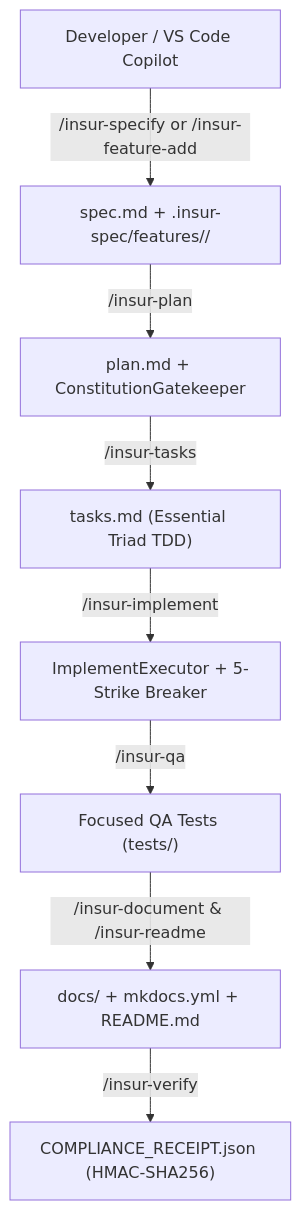
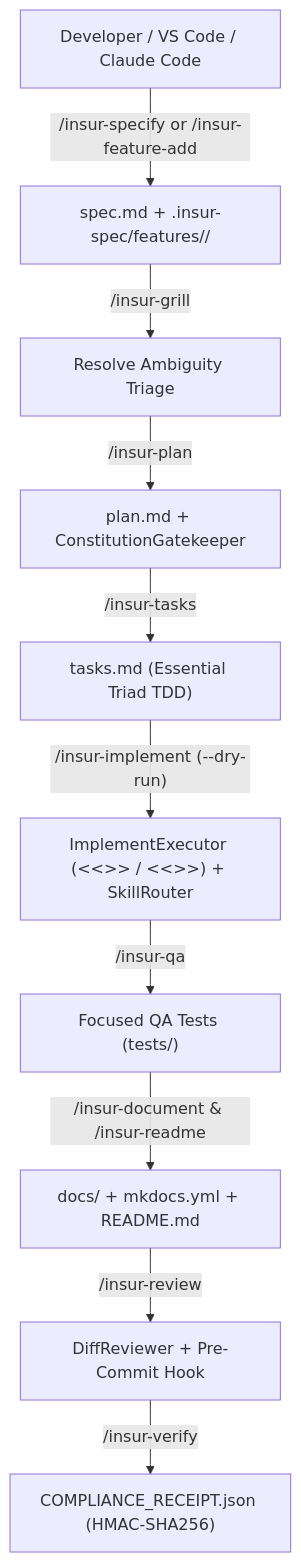
Before and after one commit to K-J-Web-Designs/InsurSpec: the diagram in README.md, drawn with Mermaid. The commit also changed other lines of this file and 1 other file, not shown here.

Commit message:
docs: update README.md and add docs/ARCHITECTURE.md for AI DX upgrade

````diff
--- a/README.md
+++ b/README.md
@@ -17,10 +17,12 @@
 ```mermaid
 flowchart TD
-    Dev["Developer / VS Code Copilot"] -->|"/insur-specify or /insur-feature-add"| Spec["spec.md + .insur-spec/features/<slug>/"]
-    Spec -->|"/insur-plan"| Plan["plan.md + ConstitutionGatekeeper"]
+    Dev["Developer / VS Code / Claude Code"] -->|"/insur-specify or /insur-feature-add"| Spec["spec.md + .insur-spec/features/<slug>/"]
+    Spec -->|"/insur-grill"| Grill["Resolve Ambiguity Triage"]
+    Grill -->|"/insur-plan"| Plan["plan.md + ConstitutionGatekeeper"]
     Plan -->|"/insur-tasks"| Tasks["tasks.md (Essential Triad TDD)"]
-    Tasks -->|"/insur-implement"| Exec["ImplementExecutor + 5-Strike Breaker"]
+    Tasks -->|"/insur-implement (--dry-run)"| Exec["ImplementExecutor (<<<FILE>>> / <<<EDIT>>>) + SkillRouter"]
     Exec -->|"/insur-qa"| QA["Focused QA Tests (tests/)"]
     QA -->|"/insur-document & /insur-readme"| Docs["docs/ + mkdocs.yml + README.md"]
-    Docs -->|"/insur-verify"| Verify["COMPLIANCE_RECEIPT.json (HMAC-SHA256)"]
+    Docs -->|"/insur-review"| Review["DiffReviewer + Pre-Commit Hook"]
+    Review -->|"/insur-verify"| Verify["COMPLIANCE_RECEIPT.json (HMAC-SHA256)"]
 ```
````
